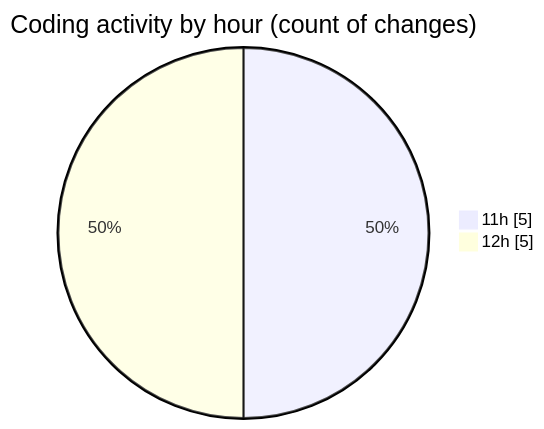
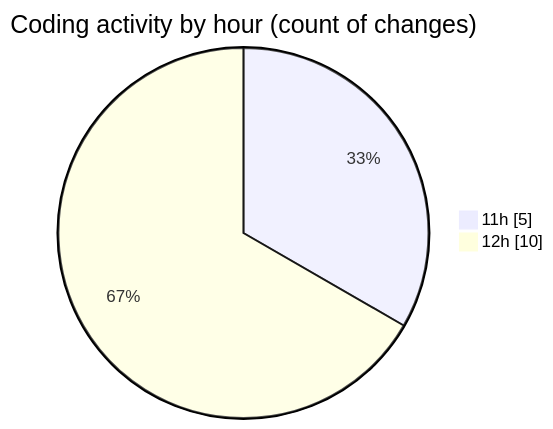
Before and after one commit to nxtqubesakshisongat/code-tracking: the second of 2 diagrams in 2026-01-19/nxtqube_webapp/README.md, drawn with Mermaid. The commit also changed other lines of this file and 1 other file, not shown here.

````diff
--- a/2026-01-19/nxtqube_webapp/README.md
+++ b/2026-01-19/nxtqube_webapp/README.md
@@ -32,6 +34,6 @@
 ```mermaid
 pie showData
 title Coding activity by hour (count of changes)
 "11h" : 5
-"12h" : 5
+"12h" : 10
 ```
````
